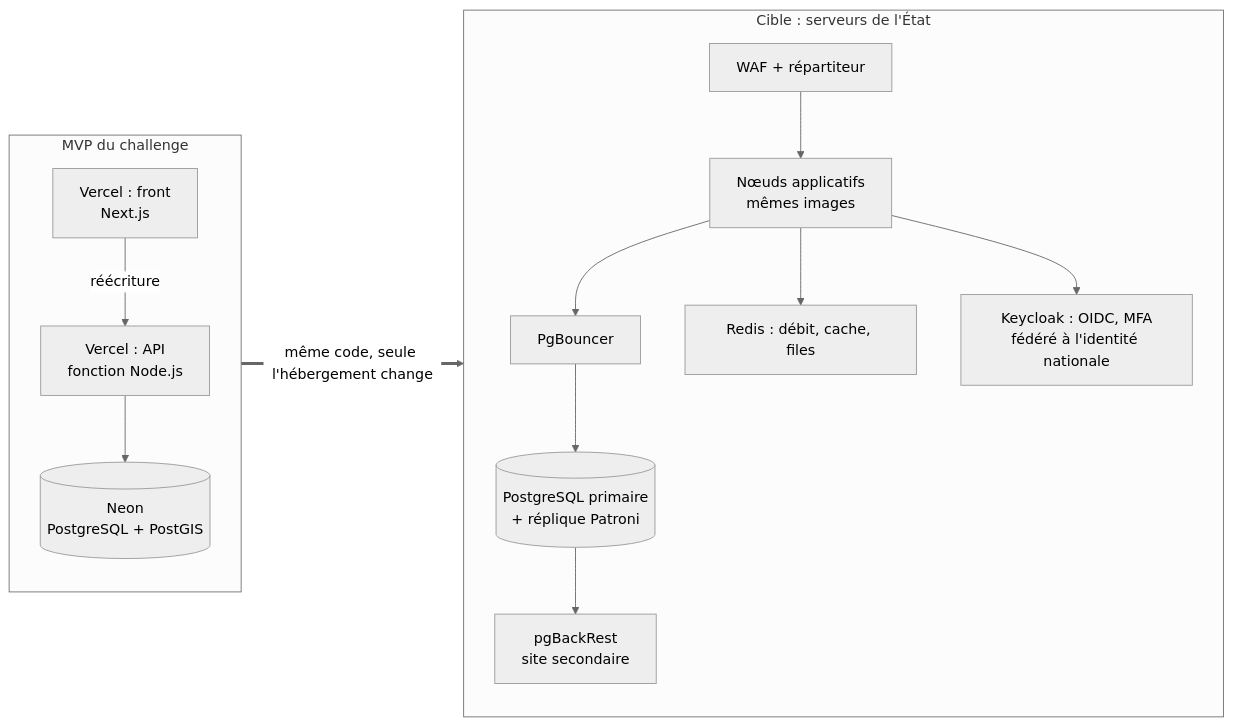
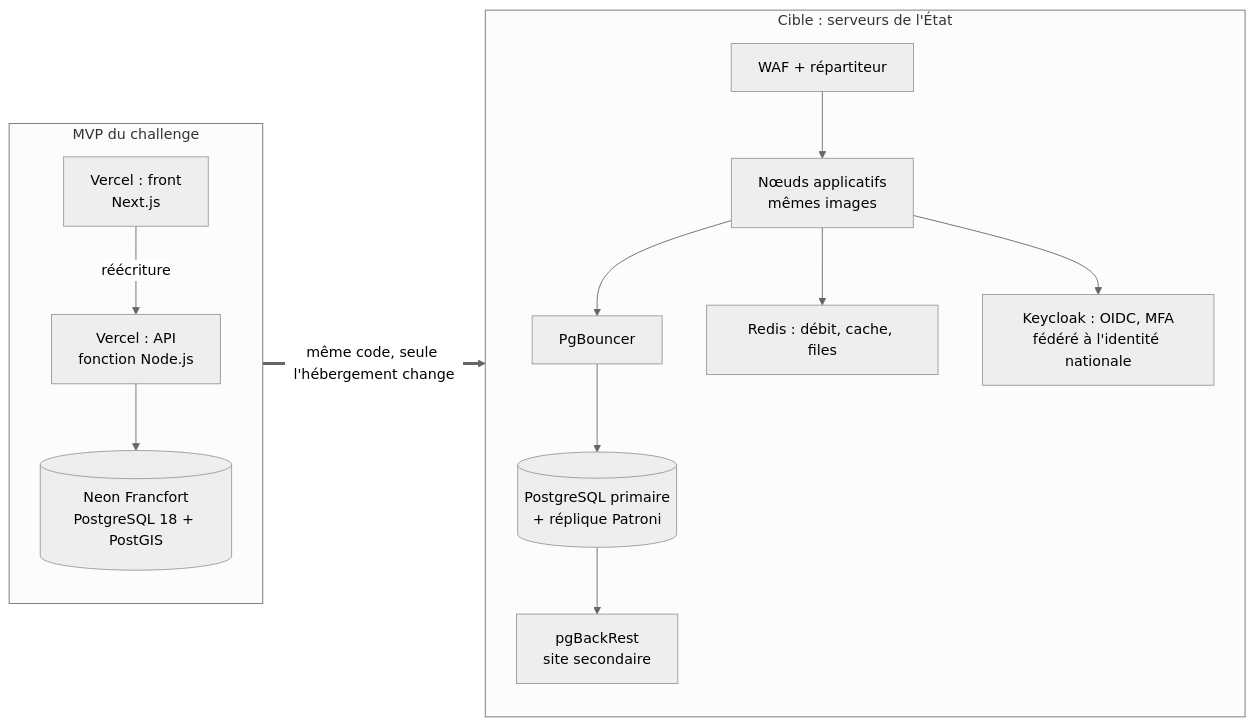
One commit to ahetansaid/EduTech changed the eighth of 8 diagrams in README.md. Above: the diagram before and after it, drawn with Mermaid (neutral theme). The commit also changed other lines of this file and 19 other files, not shown here.

````diff
--- a/README.md
+++ b/README.md
@@ -332,15 +342,15 @@
 ```mermaid
 flowchart LR
     subgraph MVP["MVP du challenge"]
         V1["Vercel : front<br/>Next.js"] -->|réécriture| V2["Vercel : API<br/>fonction Node.js"]
-        V2 --> N[("Neon<br/>PostgreSQL + PostGIS")]
+        V2 --> N[("Neon Francfort<br/>PostgreSQL 18 + PostGIS")]
     end
     subgraph Cible["Cible : serveurs de l'État"]
         W["WAF + répartiteur"] --> K["Nœuds applicatifs<br/>mêmes images"]
         K --> PB["PgBouncer"] --> PGS[("PostgreSQL primaire<br/>+ réplique Patroni")]
         K --> RD["Redis : débit, cache, files"]
         K --> KC["Keycloak : OIDC, MFA<br/>fédéré à l'identité nationale"]
         PGS --> BK["pgBackRest<br/>site secondaire"]
     end
     MVP ==>|"même code, seule l'hébergement change"| Cible
 ```
````
